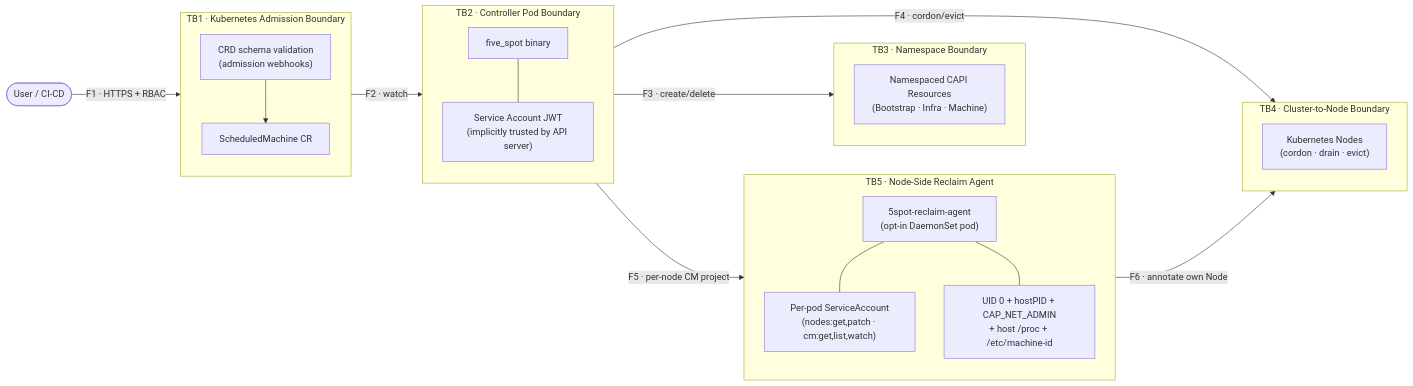
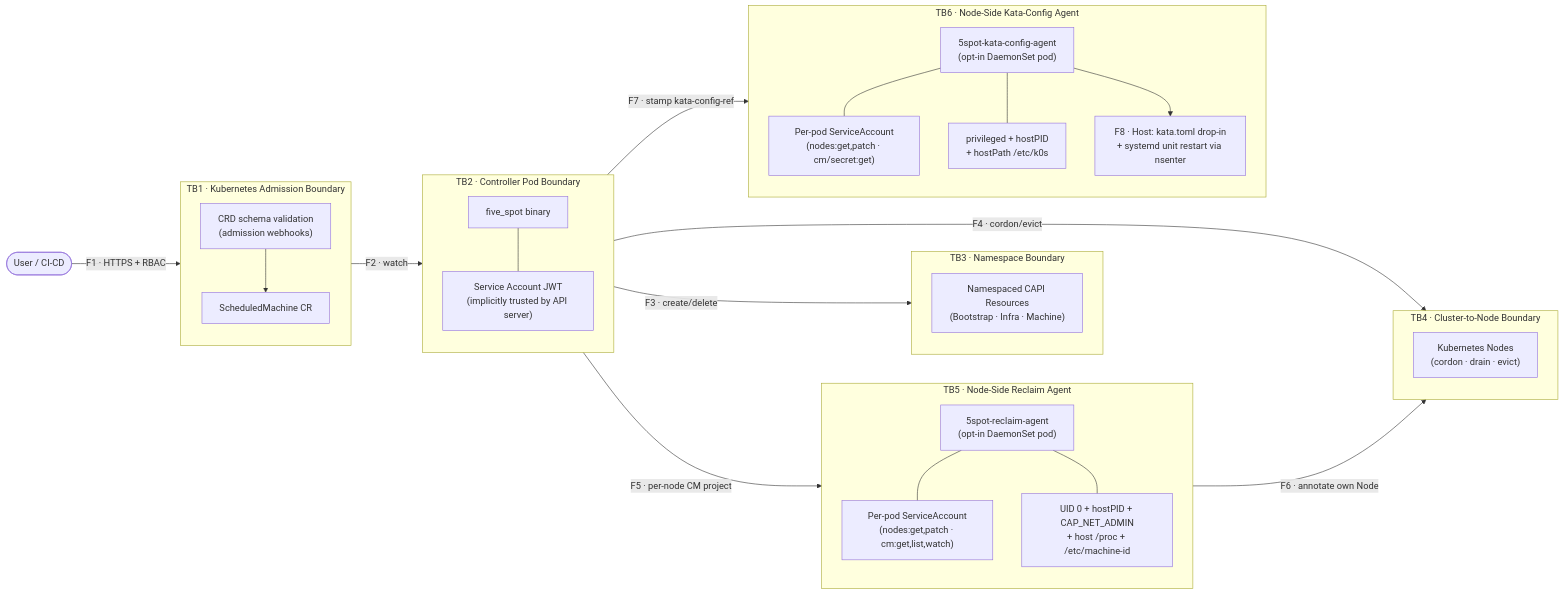
The second of 2 diagrams in docs/src/security/threat-model.md (finos/5-spot), drawn with Mermaid before and after one commit. The commit also changed other lines of this file and 11 other files, not shown here.

First line of the commit message:
docs(security): threat model v1.1, in-repo roadmaps, publish-safety rules

````diff
--- a/docs/src/security/threat-model.md
+++ b/docs/src/security/threat-model.md
@@ -95,44 +103,56 @@
 ```mermaid
 flowchart LR
     User(["User / CI-CD"])
 
     subgraph TB1["TB1 · Kubernetes Admission Boundary"]
         direction TB
         AW["CRD schema validation\n(admission webhooks)"]
         SM["ScheduledMachine CR"]
         AW --> SM
     end
 
     subgraph TB2["TB2 · Controller Pod Boundary"]
         direction TB
         Bin["five_spot binary"]
         SA["Service Account JWT\n(implicitly trusted by API server)"]
         Bin --- SA
     end
 
     subgraph TB3["TB3 · Namespace Boundary"]
         direction TB
         NS["Namespaced CAPI Resources\n(Bootstrap · Infra · Machine)"]
     end
 
     subgraph TB4["TB4 · Cluster-to-Node Boundary"]
         direction TB
         Nodes["Kubernetes Nodes\n(cordon · drain · evict)"]
     end
 
     subgraph TB5["TB5 · Node-Side Reclaim Agent"]
         direction TB
         Agent["5spot-reclaim-agent\n(opt-in DaemonSet pod)"]
         AgentSA["Per-pod ServiceAccount\n(nodes:get,patch · cm:get,list,watch)"]
         Caps["UID 0 + hostPID + CAP_NET_ADMIN\n+ host /proc + /etc/machine-id"]
         Agent --- AgentSA
         Agent --- Caps
     end
 
+    subgraph TB6["TB6 · Node-Side Kata-Config Agent"]
+        direction TB
+        KAgent["5spot-kata-config-agent\n(opt-in DaemonSet pod)"]
+        KSA["Per-pod ServiceAccount\n(nodes:get,patch · cm/secret:get)"]
+        KCaps["privileged + hostPID\n+ hostPath /etc/k0s"]
+        KHost["F8 · Host: kata.toml drop-in\n+ systemd unit restart via nsenter"]
+        KAgent --- KSA
+        KAgent --- KCaps
+        KAgent --> KHost
+    end
+
     User -->|"F1 · HTTPS + RBAC"| TB1
     TB1 -->|"F2 · watch"| TB2
     TB2 -->|"F3 · create/delete"| TB3
     TB2 -->|"F4 · cordon/evict"| TB4
     TB2 -->|"F5 · per-node CM project"| TB5
     TB5 -->|"F6 · annotate own Node"| TB4
+    TB2 -->|"F7 · stamp kata-config-ref"| TB6
 ```
````
